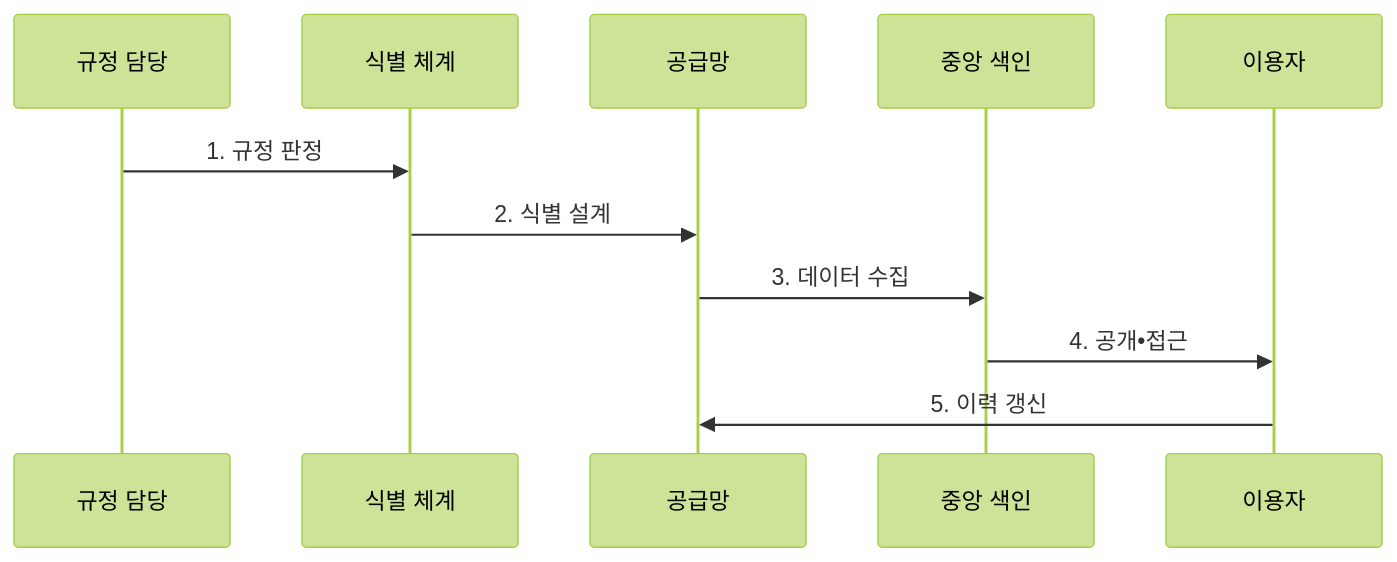
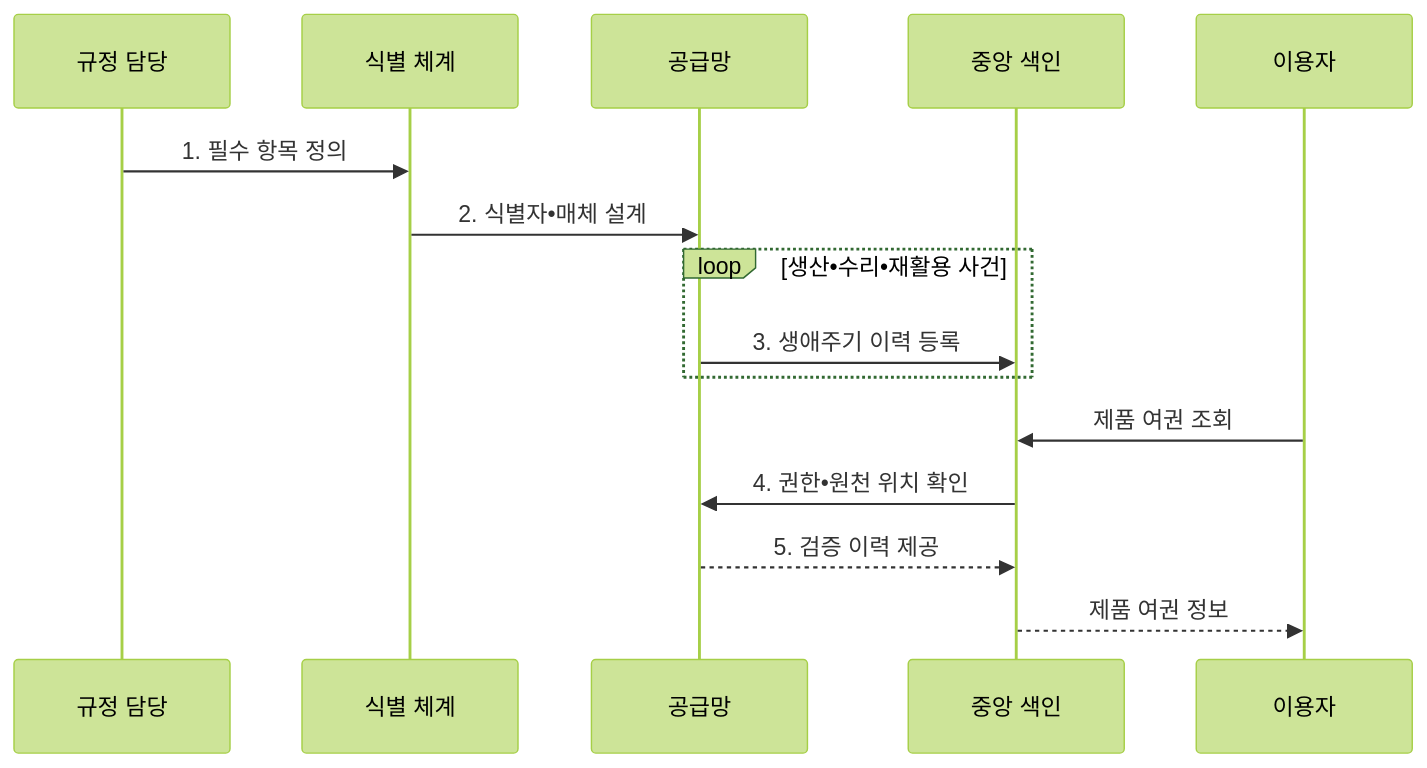
One commit to agnusdei1207/knowledge-base changed the second of 2 diagrams in src/content/docs/notes/08-latest-tech/211_digital_product_passport.md. Above: the diagram before and after it, drawn with Mermaid (forest theme). The commit also changed other lines of this file and 15 other files, not shown here.

````diff
--- a/src/content/docs/notes/08-latest-tech/211_digital_product_passport.md
+++ b/src/content/docs/notes/08-latest-tech/211_digital_product_passport.md
@@ -103,13 +103,17 @@
 ```mermaid
 sequenceDiagram
   participant R as 규정 담당
   participant I as 식별 체계
   participant S as 공급망
   participant X as 중앙 색인
   participant U as 이용자
-  R->>I: 1. 규정 판정
-  I->>S: 2. 식별 설계
-  S->>X: 3. 데이터 수집
-  X->>U: 4. 공개•접근
-  U->>S: 5. 이력 갱신
+  R->>I: 1. 필수 항목 정의
+  I->>S: 2. 식별자•매체 설계
+  loop 생산•수리•재활용 사건
+    S->>X: 3. 생애주기 이력 등록
+  end
+  U->>X: 제품 여권 조회
+  X->>S: 4. 권한•원천 위치 확인
+  S-->>X: 5. 검증 이력 제공
+  X-->>U: 제품 여권 정보
 ```
````
